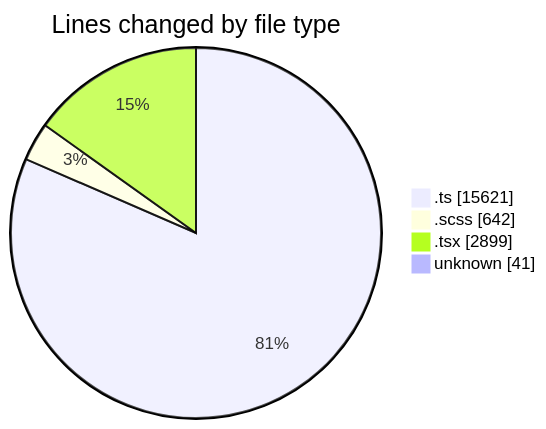
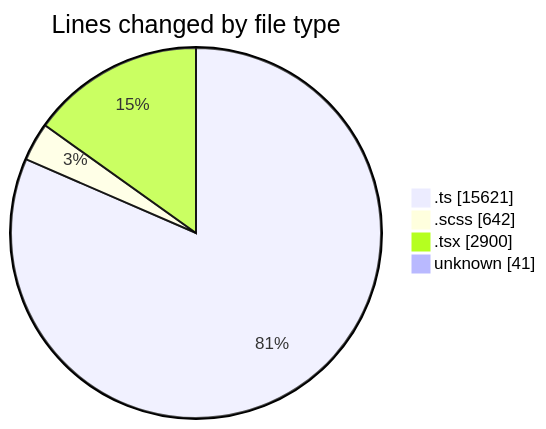
Before and after one commit to momahboobian/code-tracking: the first of 2 diagrams in 2025-08-27/cda/README.md, drawn with Mermaid. The commit also changed other lines of this file and 1 other file, not shown here.

````diff
--- a/2025-08-27/cda/README.md
+++ b/2025-08-27/cda/README.md
@@ -38,8 +38,8 @@
 ```mermaid
 pie showData
 title Lines changed by file type
 ".ts" : 15621
 ".scss" : 642
-".tsx" : 2899
+".tsx" : 2900
 "unknown" : 41
 ```
````
